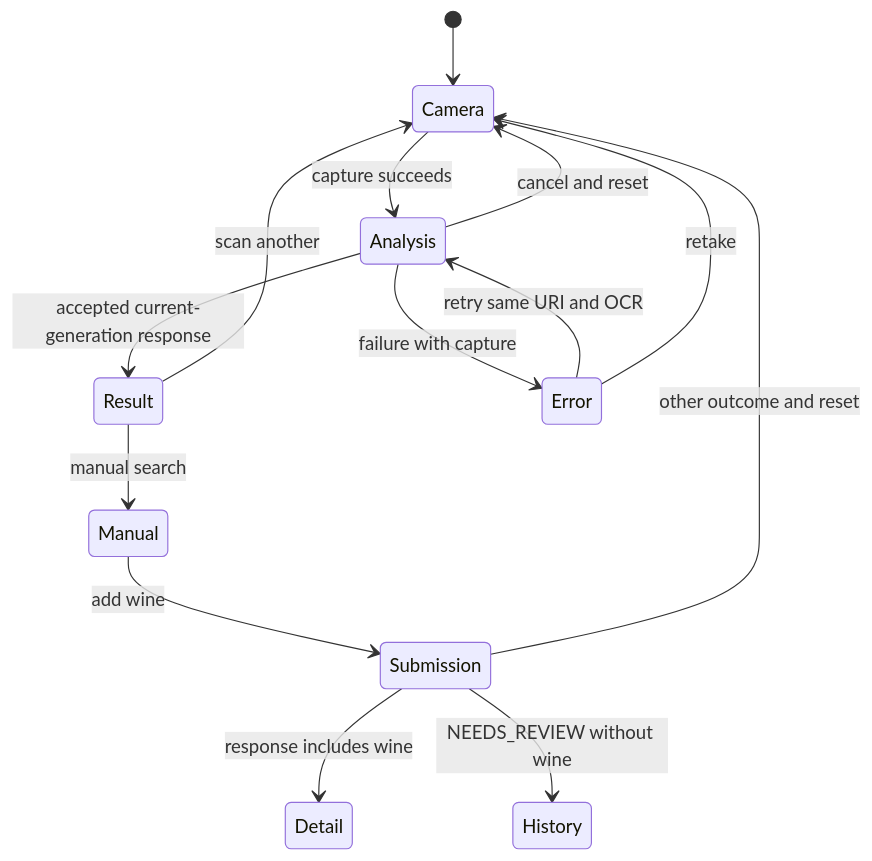
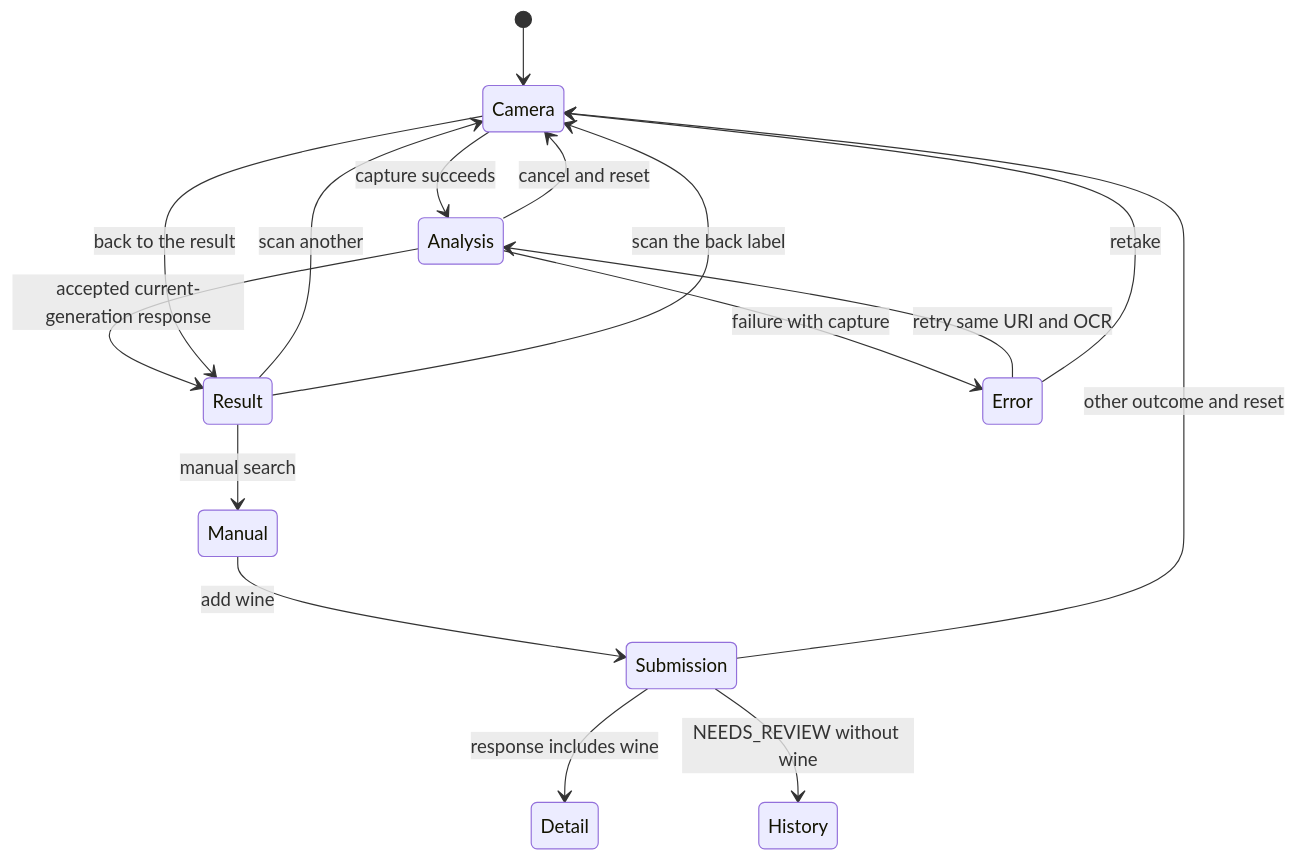
One commit to Bielaszczuk/vinnot-demo changed the third of 3 diagrams in docs/en/frontend-mobile/diagrams/wine-label-scan.md. Above: the diagram before and after it, drawn with Mermaid. The commit also changed other lines of this file and 218 other files, not shown here.

````diff
--- a/docs/en/frontend-mobile/diagrams/wine-label-scan.md
+++ b/docs/en/frontend-mobile/diagrams/wine-label-scan.md
@@ -70,16 +80,18 @@
 ```mermaid
 stateDiagram-v2
     [*] --> Camera
     Camera --> Analysis: capture succeeds
     Analysis --> Result: accepted current-generation response
     Analysis --> Error: failure with capture
     Error --> Analysis: retry same URI and OCR
     Error --> Camera: retake
     Analysis --> Camera: cancel and reset
     Result --> Manual: manual search
     Manual --> Submission: add wine
     Result --> Camera: scan another
+    Result --> Camera: scan the back label
+    Camera --> Result: back to the result
     Submission --> Detail: response includes wine
     Submission --> History: NEEDS_REVIEW without wine
     Submission --> Camera: other outcome and reset
 ```
````
